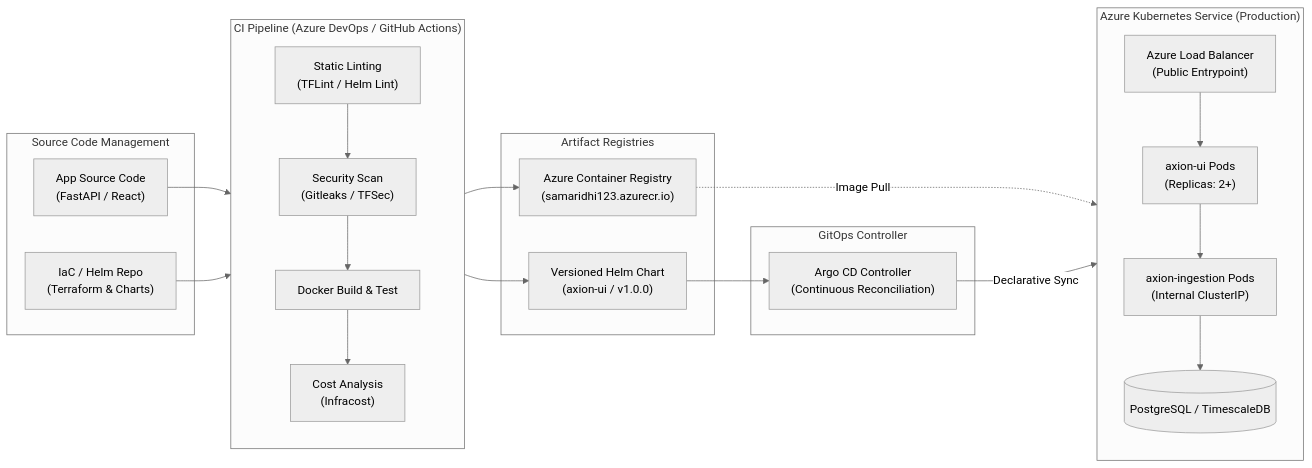
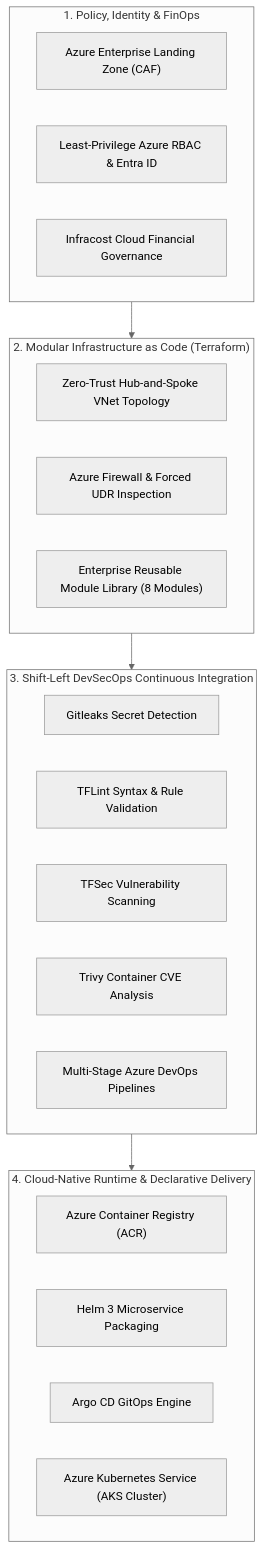
Before and after one commit to samarendra12/samarendra12: the diagram in README.md, drawn with Mermaid (neutral theme). The commit also changed other lines of this file, not shown here.

Commit message:
docs(profile): elevate profile to executive devopsinsiders standard with enterprise operating model and metrics

````diff
--- a/README.md
+++ b/README.md
@@ -131,44 +48,33 @@
 ```mermaid
-flowchart LR
-    subgraph SCM["Source Code Management"]
-        SRC["App Source Code\n(FastAPI / React)"]
-        IAC["IaC / Helm Repo\n(Terraform & Charts)"]
+flowchart TD
+    subgraph Governance ["1. Policy, Identity & FinOps"]
+        AZ_ENT["Azure Enterprise Landing Zone (CAF)"]
+        RBAC["Least-Privilege Azure RBAC & Entra ID"]
+        FINOPS["Infracost Cloud Financial Governance"]
     end
 
-    subgraph CI["CI Pipeline (Azure DevOps / GitHub Actions)"]
-        direction TB
-        LINT["Static Linting\n(TFLint / Helm Lint)"]
-        SEC["Security Scan\n(Gitleaks / TFSec)"]
-        BUILD["Docker Build & Test"]
-        COST["Cost Analysis\n(Infracost)"]
-        LINT --> SEC --> BUILD --> COST
+    subgraph IaC ["2. Modular Infrastructure as Code (Terraform)"]
+        HUB_SPOKE["Zero-Trust Hub-and-Spoke VNet Topology"]
+        FW["Azure Firewall & Forced UDR Inspection"]
+        MOD_LIB["Enterprise Reusable Module Library (8 Modules)"]
     end
 
-    subgraph REG["Artifact Registries"]
-        ACR["Azure Container Registry\n(samaridhi123.azurecr.io)"]
-        HELM_PKG["Versioned Helm Chart\n(axion-ui / v1.0.0)"]
+    subgraph CI_CD ["3. Shift-Left DevSecOps Continuous Integration"]
+        GITLEAKS["Gitleaks Secret Detection"]
+        TFLINT["TFLint Syntax & Rule Validation"]
+        TFSEC["TFSec Vulnerability Scanning"]
+        TRIVY["Trivy Container CVE Analysis"]
+        AZ_PIPE["Multi-Stage Azure DevOps Pipelines"]
     end
 
-    subgraph GITOPS["GitOps Controller"]
-        ARGO["Argo CD Controller\n(Continuous Reconciliation)"]
+    subgraph GitOps_AKS ["4. Cloud-Native Runtime & Declarative Delivery"]
+        ACR["Azure Container Registry (ACR)"]
+        HELM["Helm 3 Microservice Packaging"]
+        ARGO["Argo CD GitOps Engine"]
+        AKS["Azure Kubernetes Service (AKS Cluster)"]
     end
 
-    subgraph AKS["Azure Kubernetes Service (Production)"]
-        direction TB
-        INGRESS["Azure Load Balancer\n(Public Entrypoint)"]
-        UI["axion-ui Pods\n(Replicas: 2+)"]
-        API["axion-ingestion Pods\n(Internal ClusterIP)"]
-        DB[(PostgreSQL / TimescaleDB)]
-        INGRESS --> UI
-        UI --> API
-        API --> DB
-    end
-
-    SRC --> CI
-    IAC --> CI
-    BUILD --> ACR
-    CI --> HELM_PKG
-    HELM_PKG --> ARGO
-    ACR -.->|Image Pull| AKS
-    ARGO -->|Declarative Sync| AKS
+    Governance --> IaC
+    IaC --> CI_CD
+    CI_CD --> GitOps_AKS
 ```
````
